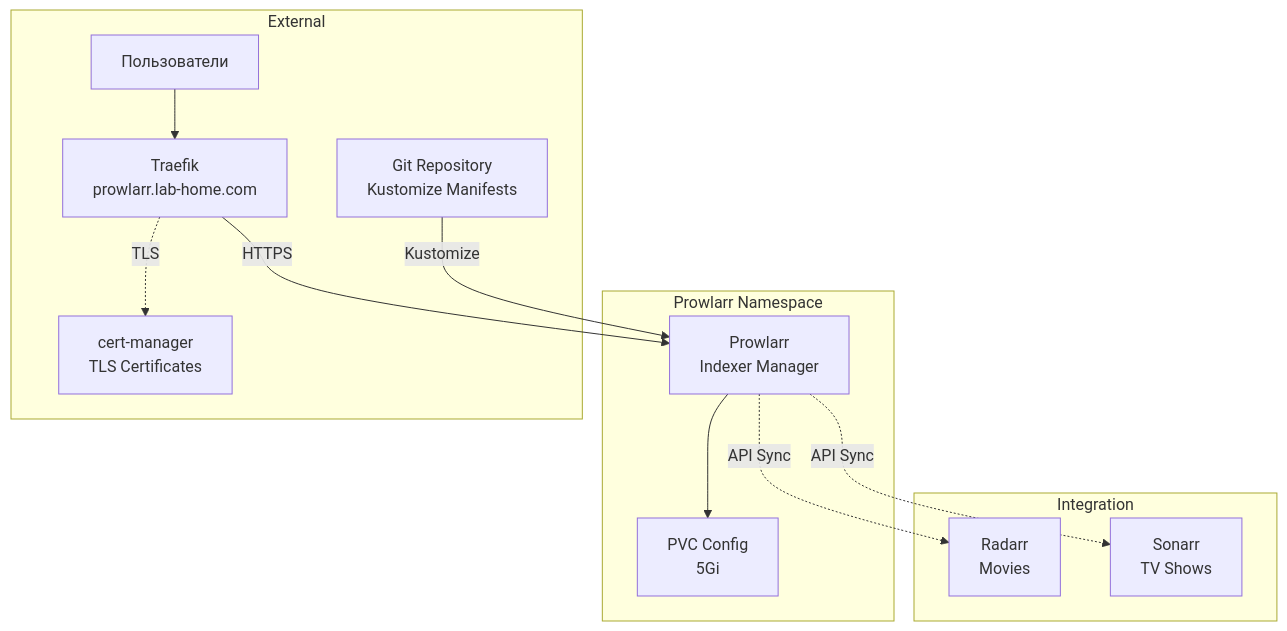
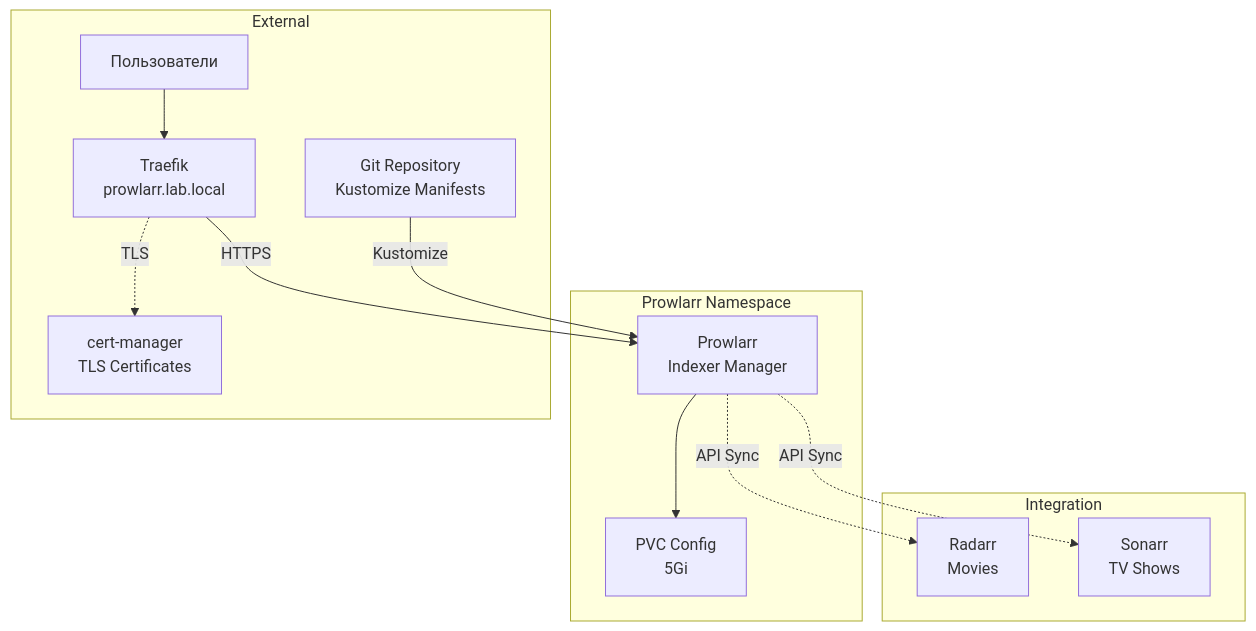
The diagram in argocd-apps/media-server-stack/prowlarr/README.md (barmaglot351/k3s-test), drawn with Mermaid before and after one commit. The commit also changed other lines of this file and 10 other files, not shown here.

````diff
--- a/argocd-apps/media-server-stack/prowlarr/README.md
+++ b/argocd-apps/media-server-stack/prowlarr/README.md
@@ -72,28 +66,28 @@
 ```mermaid
 graph TB
     subgraph prowlarrNs [Prowlarr Namespace]
         Prowlarr[Prowlarr<br/>Indexer Manager]
         ConfigPVC[PVC Config<br/>5Gi]
     end
     
     subgraph external [External]
-        Ingress[Traefik<br/>prowlarr.lab-home.com]
+        Ingress[Traefik<br/>prowlarr.lab.local]
         CertManager[cert-manager<br/>TLS Certificates]
         Users[Пользователи]
         GitRepo[Git Repository<br/>Kustomize Manifests]
     end
     
     subgraph integration [Integration]
         Radarr[Radarr<br/>Movies]
         Sonarr[Sonarr<br/>TV Shows]
     end
     
     Users --> Ingress
     Ingress -->|HTTPS| Prowlarr
     Ingress -.->|TLS| CertManager
     Prowlarr --> ConfigPVC
     GitRepo -->|Kustomize| Prowlarr
     
     Prowlarr -.->|API Sync| Radarr
     Prowlarr -.->|API Sync| Sonarr
 ```
````
